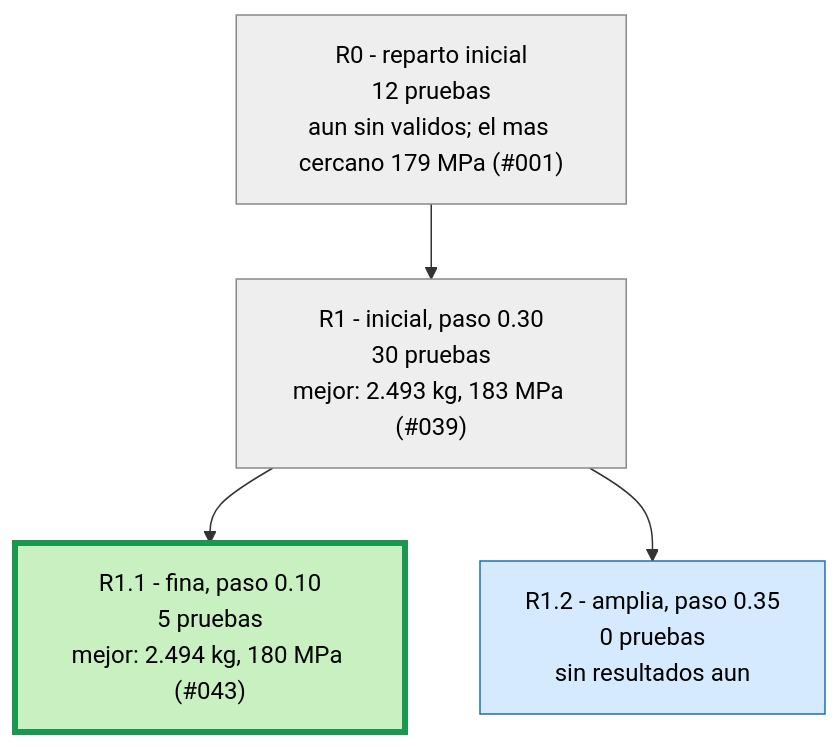
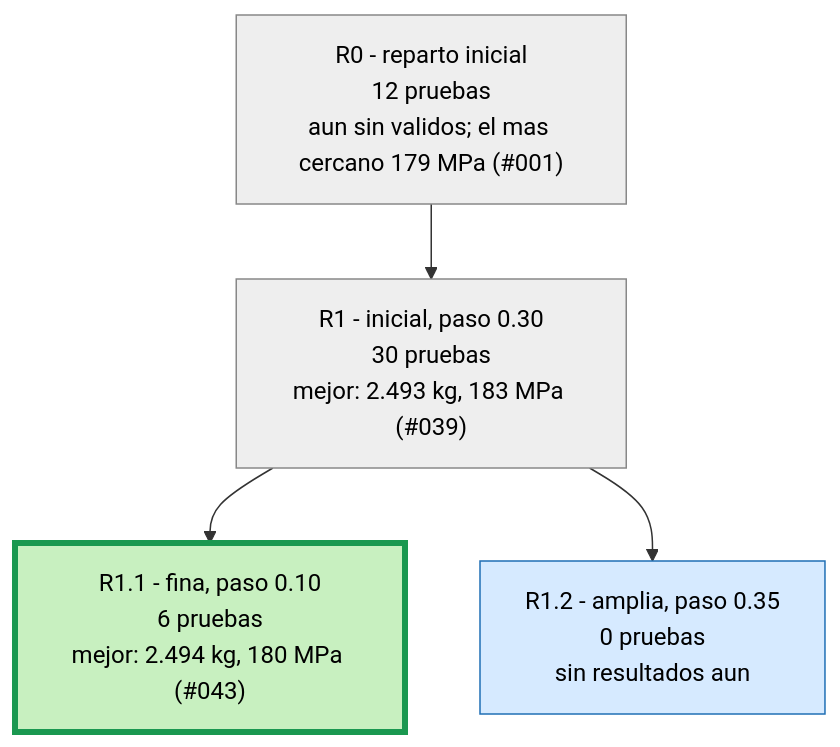
One commit to Hugiko/msd-soporte-optimizacion changed the second of 3 diagrams in runs/opt_37800N/ARBOL.md. Above: the diagram before and after it, drawn with Mermaid. The commit also changed 22 other files, not shown here.

````diff
--- a/runs/opt_37800N/ARBOL.md
+++ b/runs/opt_37800N/ARBOL.md
@@ -21,13 +21,13 @@
 ```mermaid
 graph TD
 classDef activa fill:#d6eaff,stroke:#1f6fb5,color:#000
 classDef fin fill:#eeeeee,stroke:#888,color:#000
 classDef mejor fill:#c8f0c0,stroke:#1a9850,stroke-width:4px,color:#000
 R0["R0 - reparto inicial<br/>12 pruebas<br/>aun sin validos; el mas cercano 179 MPa (#001)"]:::fin
 R1["R1 - inicial, paso 0.30<br/>30 pruebas<br/>mejor: 2.493 kg, 183 MPa (#039)"]:::fin
 R0 --> R1
-R1_1["R1.1 - fina, paso 0.10<br/>5 pruebas<br/>mejor: 2.494 kg, 180 MPa (#043)"]:::mejor
+R1_1["R1.1 - fina, paso 0.10<br/>6 pruebas<br/>mejor: 2.494 kg, 180 MPa (#043)"]:::mejor
 R1 --> R1_1
 R1_2["R1.2 - amplia, paso 0.35<br/>0 pruebas<br/>sin resultados aun"]:::activa
 R1 --> R1_2
 ```
````
